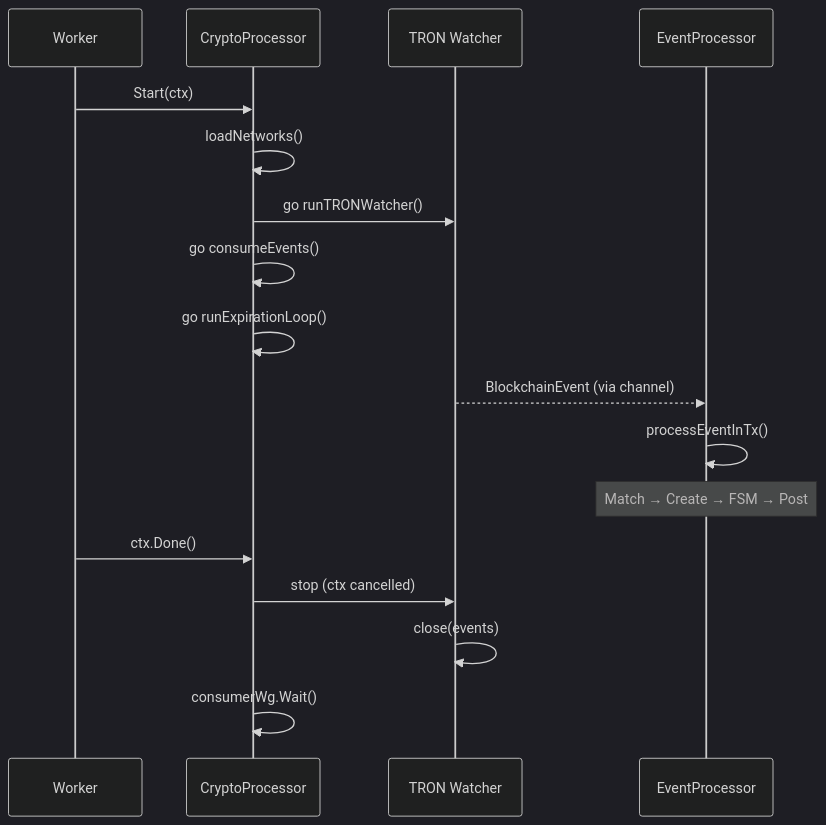
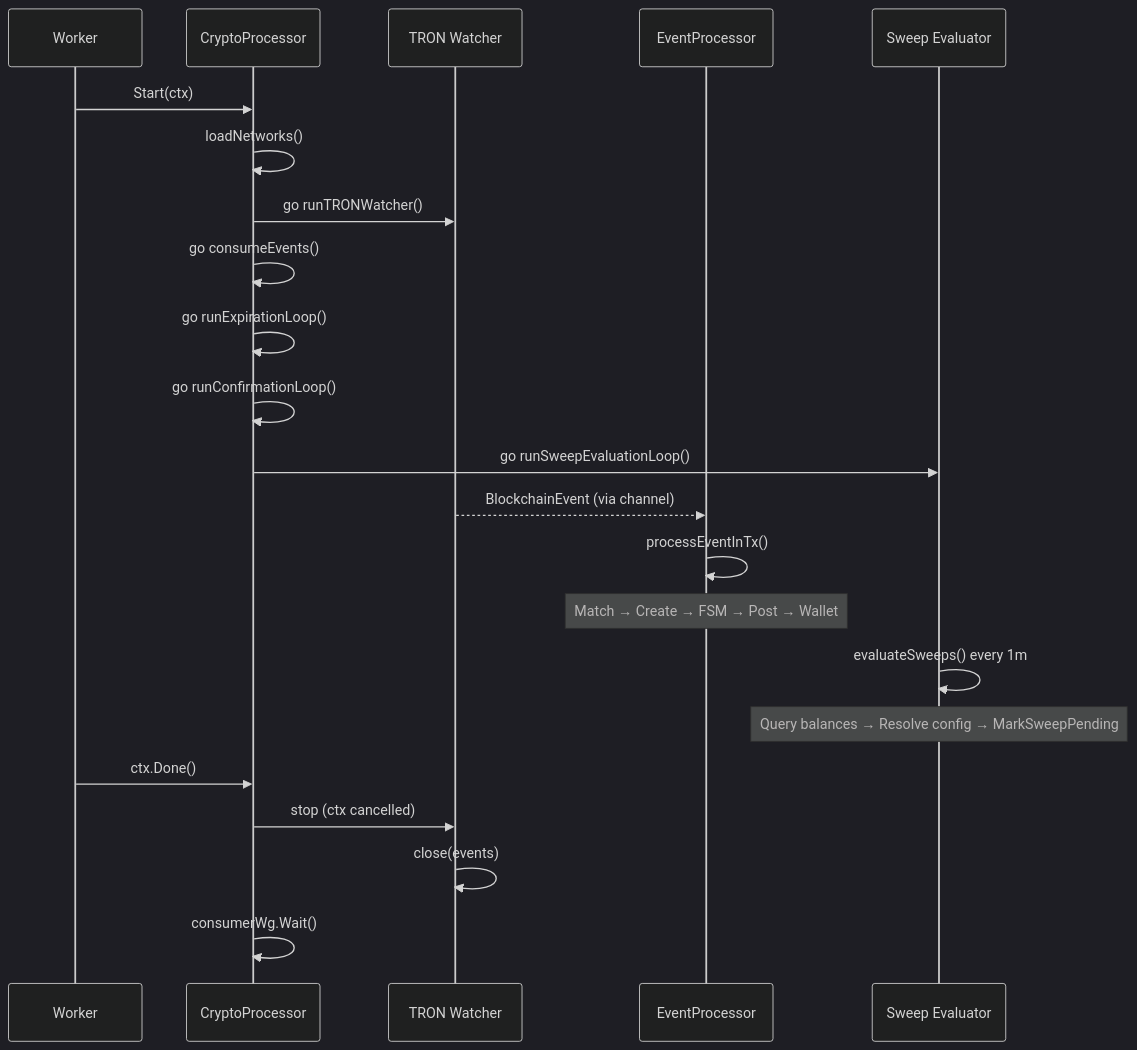
One commit to alex-bogatiuk/metapus changed the fifth of 7 diagrams in docs/systems/crypto-processing.md. Above: the diagram before and after it, drawn with Mermaid (dark theme). The commit also changed other lines of this file and 39 other files, not shown here.

````diff
--- a/docs/systems/crypto-processing.md
+++ b/docs/systems/crypto-processing.md
@@ -312,20 +358,25 @@
 ```mermaid
 sequenceDiagram
     participant W as Worker
     participant CP as CryptoProcessor
     participant TW as TRON Watcher
     participant EP as EventProcessor
+    participant SE as Sweep Evaluator
 
     W->>CP: Start(ctx)
     CP->>CP: loadNetworks()
     CP->>TW: go runTRONWatcher()
     CP->>CP: go consumeEvents()
     CP->>CP: go runExpirationLoop()
+    CP->>CP: go runConfirmationLoop()
+    CP->>SE: go runSweepEvaluationLoop()
     TW-->>EP: BlockchainEvent (via channel)
     EP->>EP: processEventInTx()
-    Note over EP: Match → Create → FSM → Post
+    Note over EP: Match → Create → FSM → Post → Wallet
+    SE->>SE: evaluateSweeps() every 1m
+    Note over SE: Query balances → Resolve config → MarkSweepPending
     W->>CP: ctx.Done()
     CP->>TW: stop (ctx cancelled)
     TW->>TW: close(events)
     CP->>CP: consumerWg.Wait()
 ```
````
